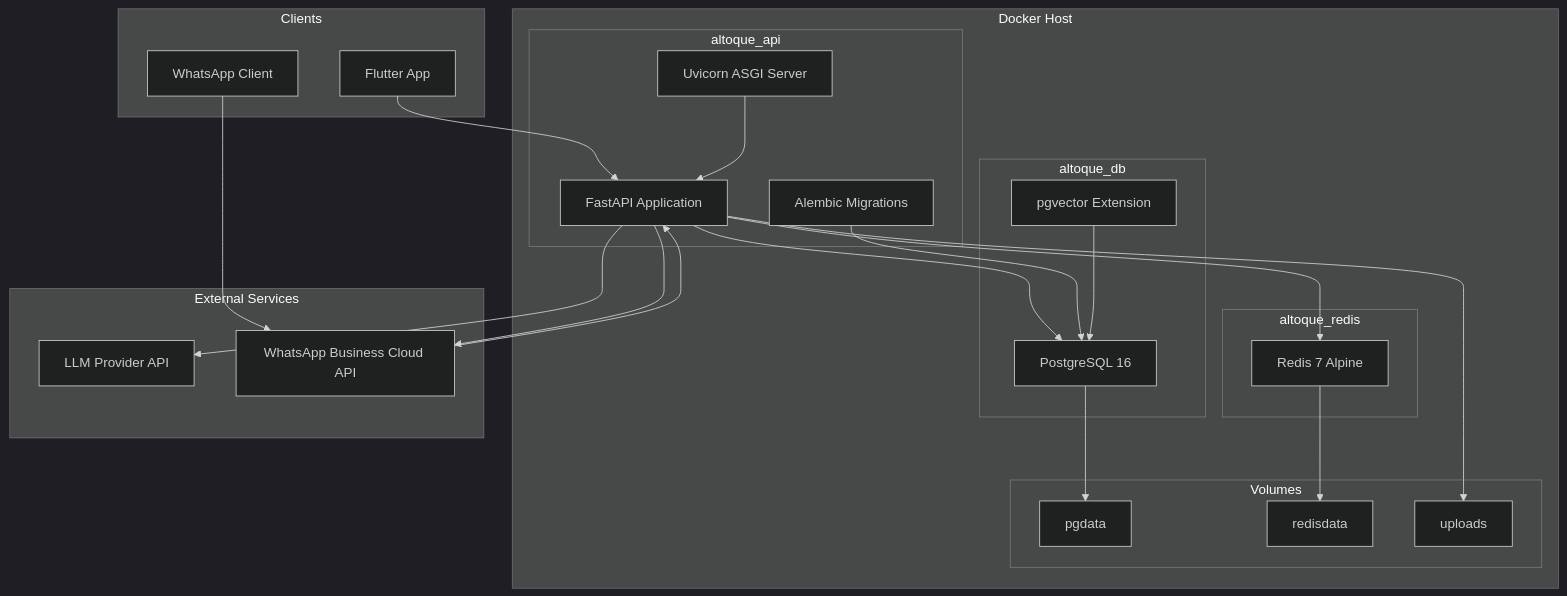
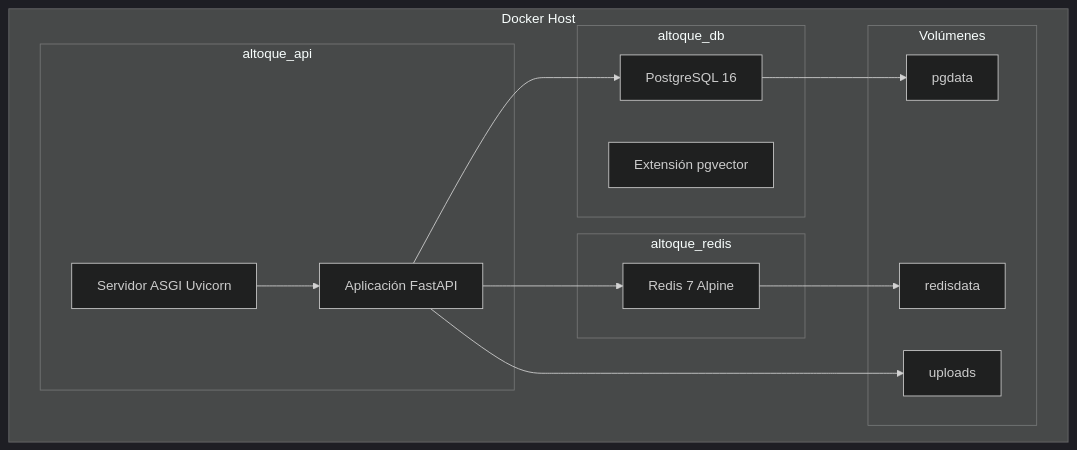
The second of 2 diagrams in docs/deployment.md (Alvaro995/AlToque-AI), drawn with Mermaid (dark theme) before and after one commit. The commit also changed other lines of this file and 48 other files, not shown here.

````diff
--- a/docs/deployment.md
+++ b/docs/deployment.md
@@ -5,50 +98,31 @@
 ```mermaid
 graph TB
     subgraph "Docker Host"
         subgraph "altoque_api"
-            FASTAPI["FastAPI Application"]
-            UVICORN["Uvicorn ASGI Server"]
-            ALEMBIC["Alembic Migrations"]
+            FASTAPI["Aplicación FastAPI"]
+            UVICORN["Servidor ASGI Uvicorn"]
         end
 
         subgraph "altoque_db"
             PG["PostgreSQL 16"]
-            PGVEC["pgvector Extension"]
+            PGVEC["Extensión pgvector"]
         end
 
         subgraph "altoque_redis"
             RED["Redis 7 Alpine"]
         end
 
-        subgraph "Volumes"
+        subgraph "Volúmenes"
             PGDATA["pgdata"]
             REDDATA["redisdata"]
             UPLOADS["uploads"]
         end
     end
 
-    subgraph "External Services"
-        LLM_API["LLM Provider API"]
-        WA_API["WhatsApp Business Cloud API"]
-    end
-
-    subgraph "Clients"
-        MOBILE["Flutter App"]
-        WHATSAPP["WhatsApp Client"]
-    end
-
-    MOBILE --> FASTAPI
-    WHATSAPP --> WA_API --> FASTAPI
     FASTAPI --> PG
     FASTAPI --> RED
-    FASTAPI --> LLM_API
-    FASTAPI --> WA_API
-
+    UVICORN --> FASTAPI
     PG --> PGDATA
     RED --> REDDATA
     FASTAPI --> UPLOADS
-
-    UVICORN --> FASTAPI
-    ALEMBIC --> PG
-    PGVEC --> PG
 ```
````
